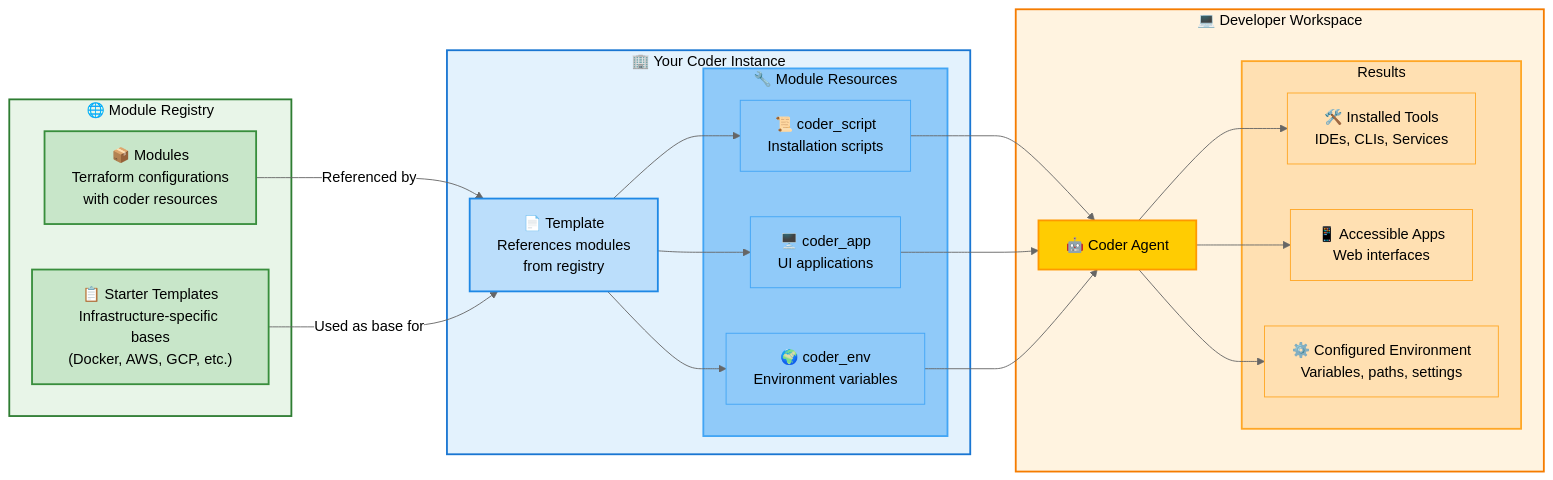
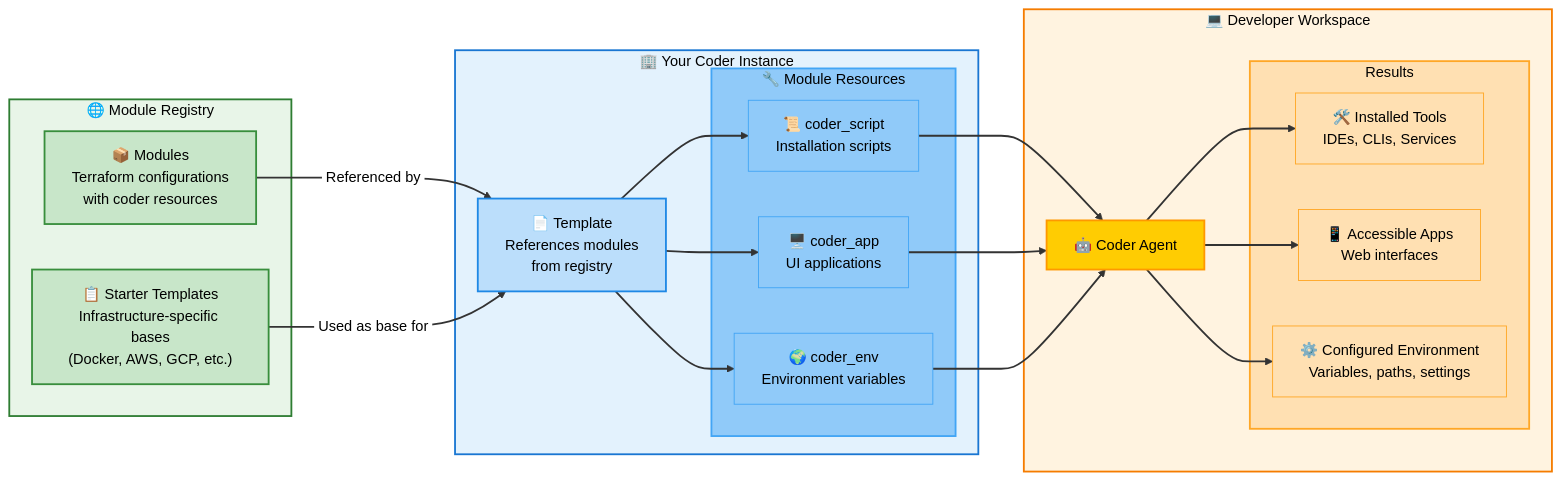
Before and after one commit to coder/coder: the diagram in docs/about/contributing/modules.md, drawn with Mermaid (neutral theme).

Commit message:
docs: improve link visibility in architecture overview with styled arrows

````diff
--- a/docs/about/contributing/modules.md
+++ b/docs/about/contributing/modules.md
@@ -9,65 +9,68 @@
 ```mermaid
 flowchart LR
     subgraph Registry["🌐 Module Registry"]
         ModuleCode["📦 Modules<br/>Terraform configurations<br/>with coder resources"]
         StarterTemplates["📋 Starter Templates<br/>Infrastructure-specific bases<br/>(Docker, AWS, GCP, etc.)"]
     end
     
     subgraph CoderInstance["🏢 Your Coder Instance"]
         Template["📄 Template<br/>References modules<br/>from registry"]
         
         subgraph ModuleResources["🔧 Module Resources"]
             Script["📜 coder_script<br/>Installation scripts"]
             App["🖥️ coder_app<br/>UI applications"]  
             Env["🌍 coder_env<br/>Environment variables"]
         end
     end
     
     subgraph Workspace["💻 Developer Workspace"]
         Agent["🤖 Coder Agent"]
         
         subgraph Results["Results"]
             Tools["🛠️ Installed Tools<br/>IDEs, CLIs, Services"]
             Apps["📱 Accessible Apps<br/>Web interfaces"]
             Environment["⚙️ Configured Environment<br/>Variables, paths, settings"]
         end
     end
     
     %% Module flow
-    ModuleCode -->|"Referenced by"| Template
-    StarterTemplates -->|"Used as base for"| Template
+    ModuleCode -->|"&nbsp;Referenced by&nbsp;"| Template
+    StarterTemplates -->|"&nbsp;Used as base for&nbsp;"| Template
     
     %% Template to resources
     Template --> Script
     Template --> App
     Template --> Env
     
     %% Resources to agent
     Script --> Agent
     App --> Agent
     Env --> Agent
     
     %% Agent to results
     Agent --> Tools
     Agent --> Apps
     Agent --> Environment
     
     %% Styling
     style Registry fill:#e8f5e8,stroke:#2e7d32,stroke-width:2px,color:#000000
     style ModuleCode fill:#c8e6c9,stroke:#388e3c,stroke-width:2px,color:#000000
     style StarterTemplates fill:#c8e6c9,stroke:#388e3c,stroke-width:2px,color:#000000
     
     style CoderInstance fill:#e3f2fd,stroke:#1976d2,stroke-width:2px,color:#000000
     style Template fill:#bbdefb,stroke:#1e88e5,stroke-width:2px,color:#000000
     style ModuleResources fill:#90caf9,stroke:#42a5f5,stroke-width:2px,color:#000000
     style Script fill:#90caf9,stroke:#42a5f5,stroke-width:1px,color:#000000
     style App fill:#90caf9,stroke:#42a5f5,stroke-width:1px,color:#000000
     style Env fill:#90caf9,stroke:#42a5f5,stroke-width:1px,color:#000000
     
     style Workspace fill:#fff3e0,stroke:#f57c00,stroke-width:2px,color:#000000
     style Agent fill:#ffcc02,stroke:#ff9800,stroke-width:2px,color:#000000
     style Results fill:#ffe0b2,stroke:#ffa726,stroke-width:2px,color:#000000
     style Tools fill:#ffe0b2,stroke:#ffa726,stroke-width:1px,color:#000000
     style Apps fill:#ffe0b2,stroke:#ffa726,stroke-width:1px,color:#000000
     style Environment fill:#ffe0b2,stroke:#ffa726,stroke-width:1px,color:#000000
+    
+    %% Link styling to make arrows visible
+    linkStyle default stroke:#333333,stroke-width:2px
 ```
````
